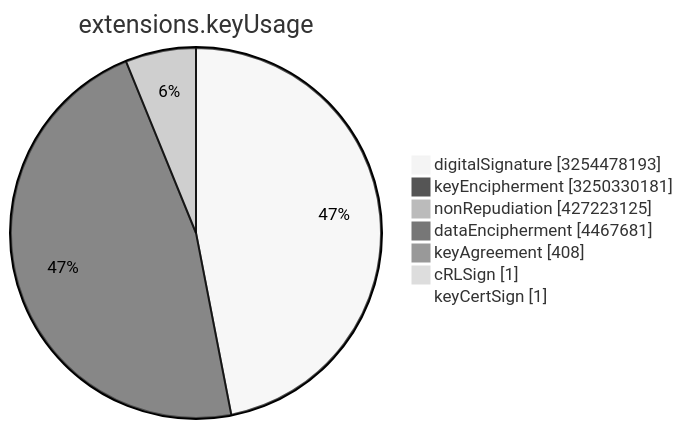
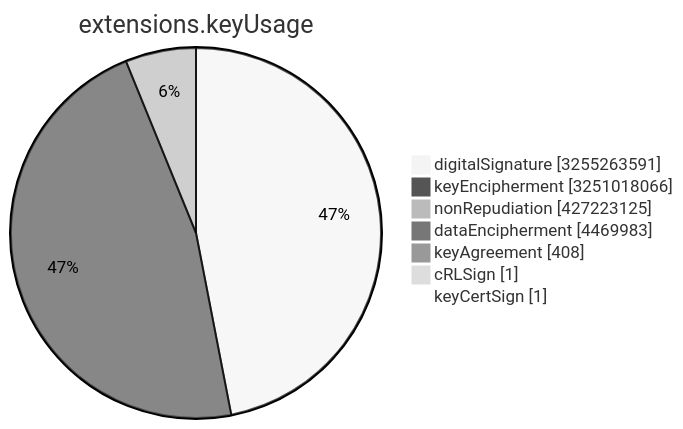
Before and after one commit to christiankrug/ctmonitor_visualization: the sixth of 15 diagrams in TOTAL/README.md, drawn with Mermaid (neutral theme). The commit also changed other lines of this file, not shown here.

````diff
--- a/TOTAL/README.md
+++ b/TOTAL/README.md
@@ -3078,11 +3078,11 @@
 ```mermaid
 pie showData
 title extensions.keyUsage
-"digitalSignature" :3254478193
-"keyEncipherment" :3250330181
+"digitalSignature" :3255263591
+"keyEncipherment" :3251018066
 "nonRepudiation" :427223125
-"dataEncipherment" :4467681
+"dataEncipherment" :4469983
 "keyAgreement" :408
 "cRLSign" :1
 "keyCertSign" :1
 ```
````
